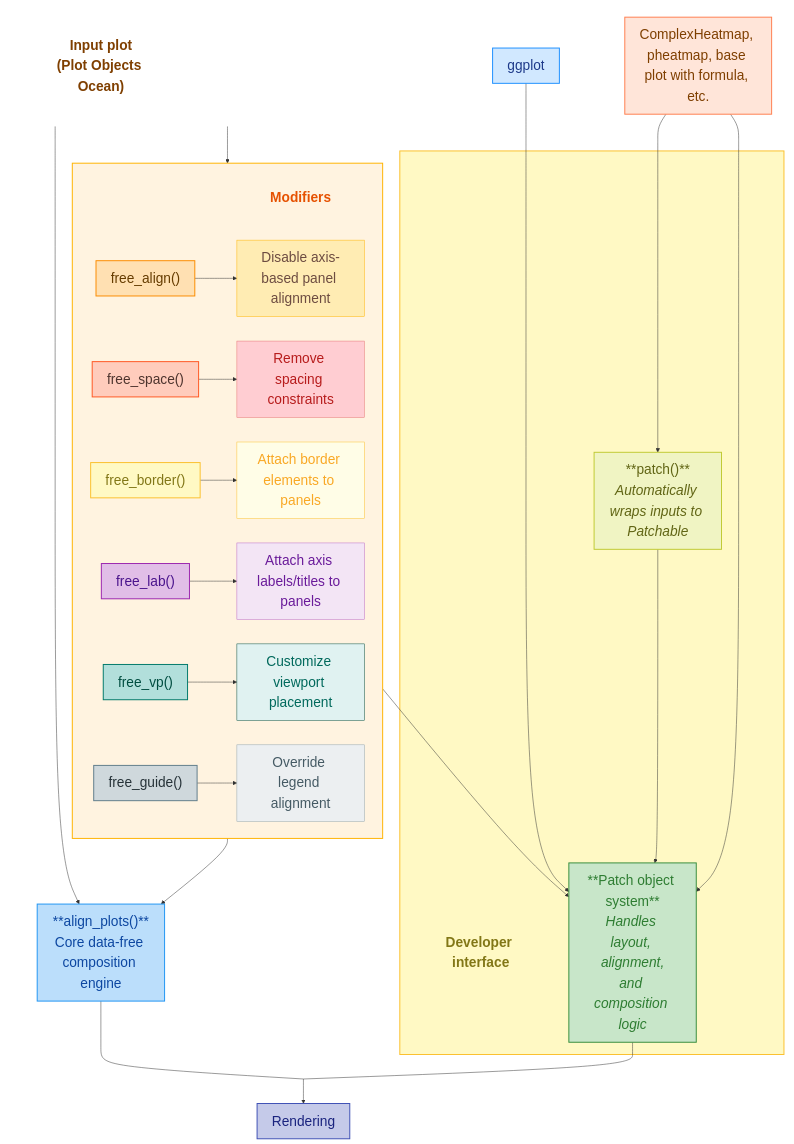
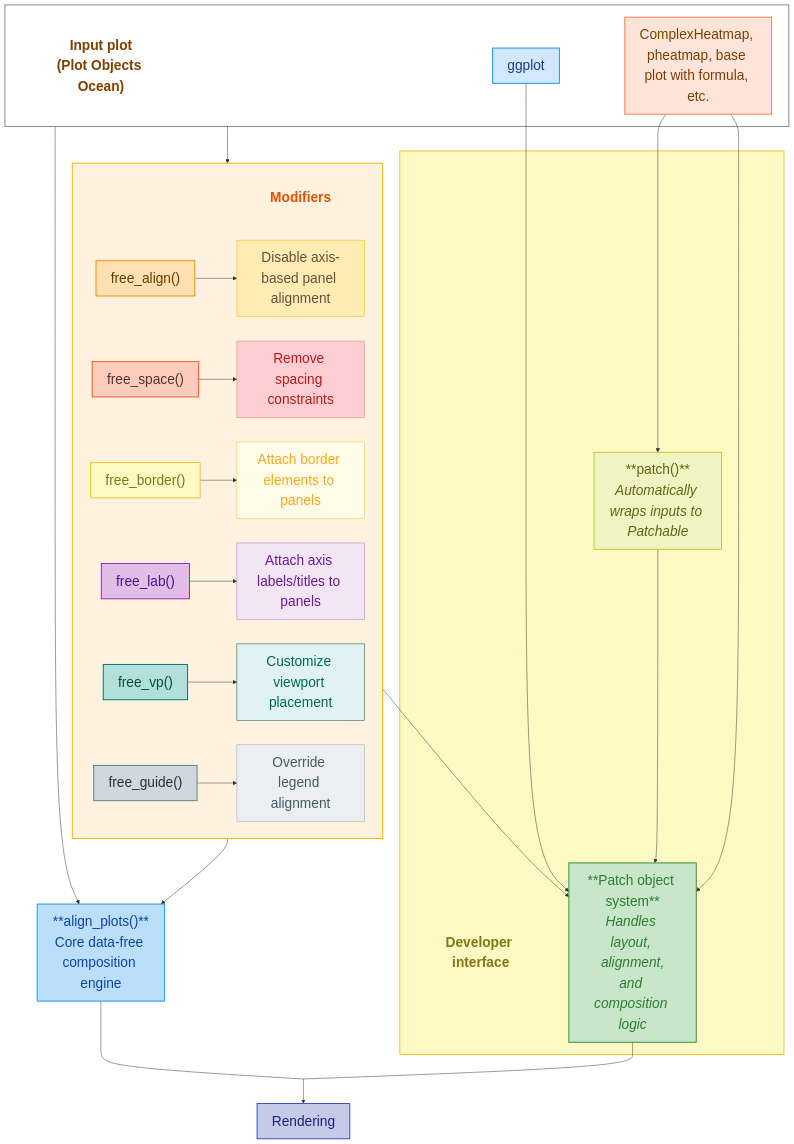
One commit to Yunuuuu/ggalign-book changed the first of 2 diagrams in introduction.qmd. Above: the diagram before and after it, drawn with Mermaid.

Commit message:
add stroke

```diff
--- a/introduction.qmd
+++ b/introduction.qmd
@@ -160,7 +160,7 @@
     style F6 fill:#CFD8DC,stroke:#607D8B,stroke-width:2px,color:#263238,font-size:28px
     style F6Desc fill:#ECEFF1,stroke:#90A4AE,stroke-width:1px,color:#455A64,font-size:28px
 
-    style InputObjects fill:none,stroke:#888888,stroke-width:0px
+    style InputObjects fill:none,stroke:#888888,stroke-width:2px,font-size:0px
     style Align fill:#BBDEFB,stroke:#2196F3,stroke-width:2px,color:#0D47A1,font-size:28px
     style Modifiers fill:#FFF3E0,stroke:#FFB300,stroke-width:2px,color:#E65100,font-size:0px
     style Render fill:#C5CAE9,stroke:#3F51B5,stroke-width:2px,color:#1A237E,font-size:28px
```
